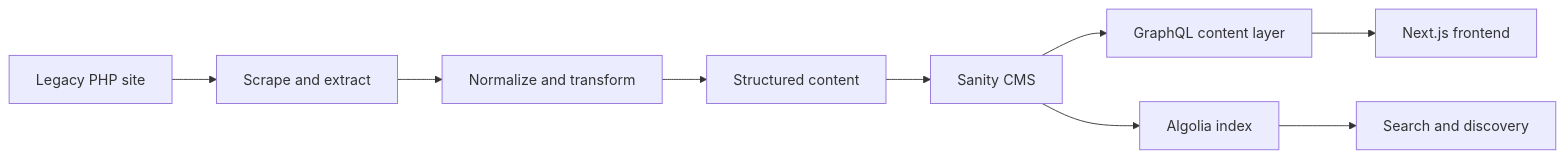
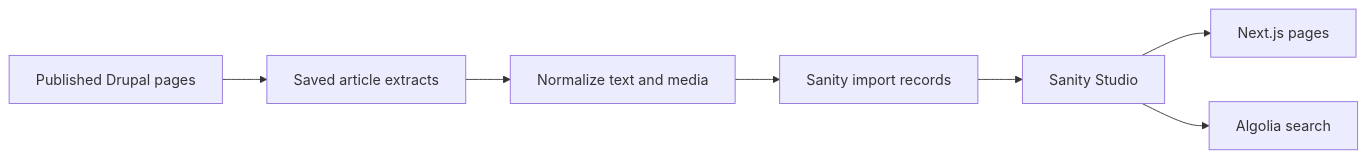
Before and after one commit to davidy3k/davidy3k: the diagram in case-studies/spike.md, drawn with Mermaid. The commit also changed other lines of this file and 1 other file, not shown here.

````diff
--- a/case-studies/spike.md
+++ b/case-studies/spike.md
@@ -21,11 +31,9 @@
 ```mermaid
 flowchart LR
-    A[Legacy PHP site] --> B[Scrape and extract]
-    B --> C[Normalize and transform]
-    C --> D[Structured content]
-    D --> E[Sanity CMS]
-    E --> F[GraphQL content layer]
-    F --> G[Next.js frontend]
-    E --> H[Algolia index]
-    H --> I[Search and discovery]
+    A[Published Drupal pages] --> B[Saved article extracts]
+    B --> C[Normalize text and media]
+    C --> D[Sanity import records]
+    D --> E[Sanity Studio]
+    E --> F[Next.js pages]
+    E --> G[Algolia search]
 ```
````
